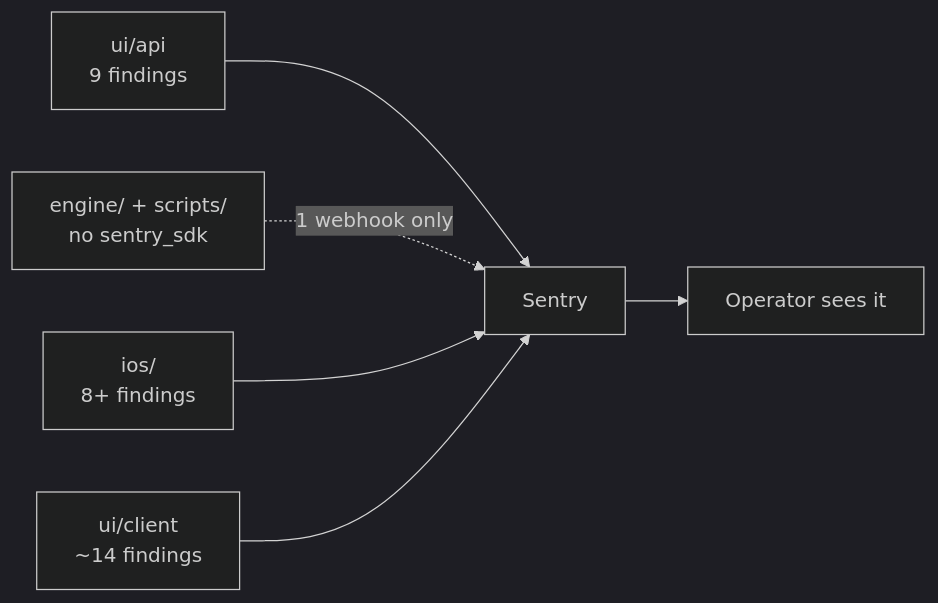
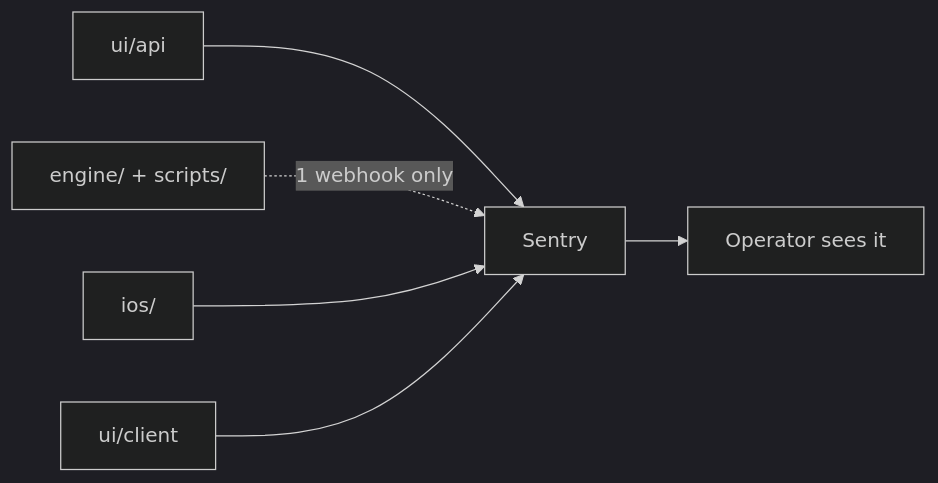
One commit to sibling-shipyard/coach-hq changed the diagram in docs/plans/sentry-coverage-gaps.md. Above: the diagram before and after it, drawn with Mermaid (dark theme). The commit also changed other lines of this file and 1 other file, not shown here.

First line of the commit message:
plan: split into 1-page plan + findings LLD, fix severity/PR-stack review findings

````diff
--- a/docs/plans/sentry-coverage-gaps.md
+++ b/docs/plans/sentry-coverage-gaps.md
@@ -16,8 +15,8 @@
 ```mermaid
 flowchart LR
-  BE["ui/api\n9 findings"] --> S[Sentry]
-  PY["engine/ + scripts/\nno sentry_sdk"] -.->|1 webhook only| S
-  IOS["ios/\n8+ findings"] --> S
-  FE["ui/client\n~14 findings"] --> S
+  BE["ui/api"] --> S[Sentry]
+  PY["engine/ + scripts/"] -.->|1 webhook only| S
+  IOS["ios/"] --> S
+  FE["ui/client"] --> S
   S --> Op[Operator sees it]
 ```
````
